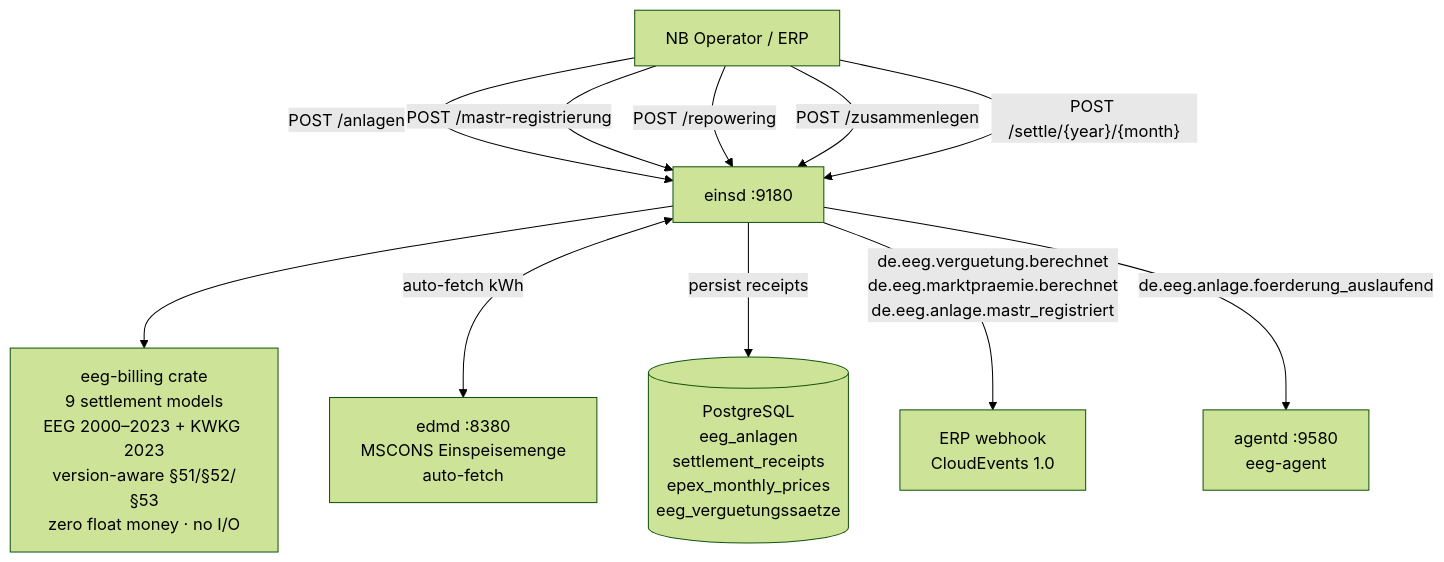
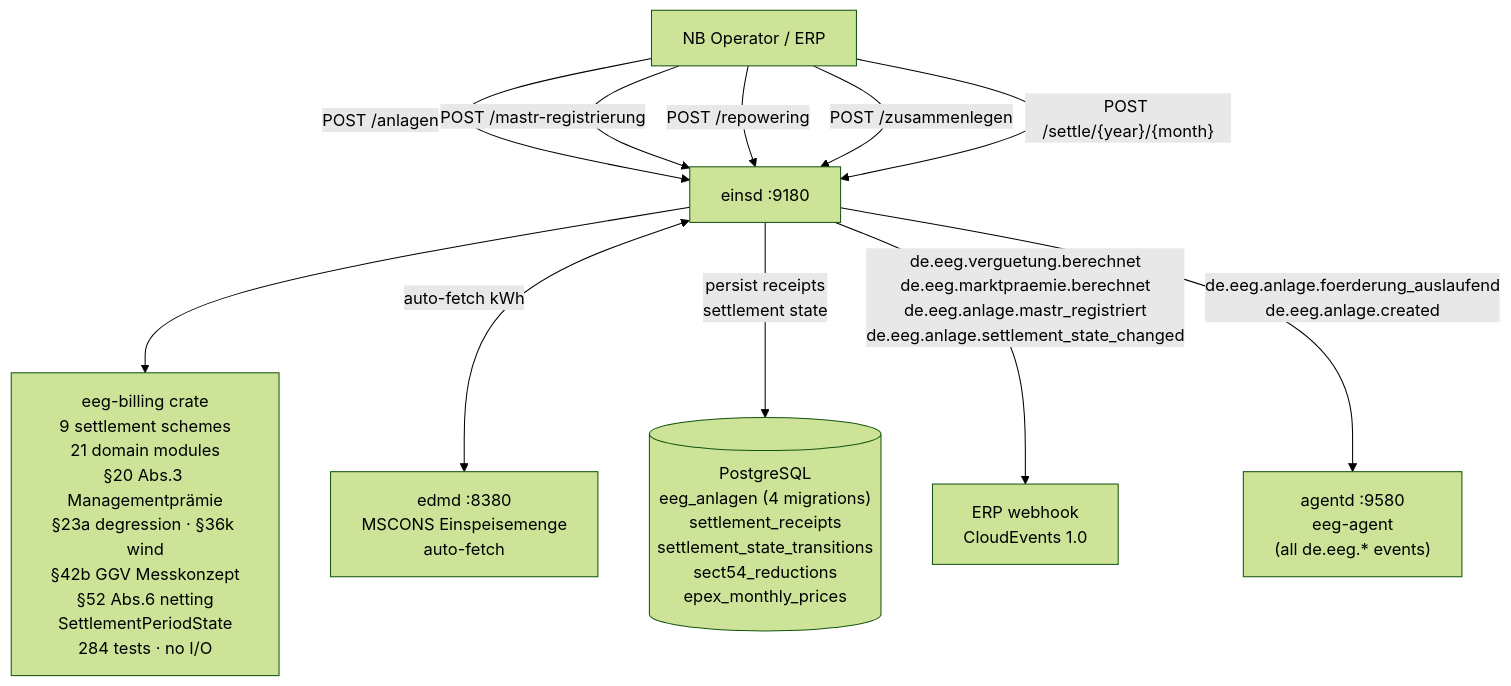
One commit to hupe1980/mako changed the first of 5 diagrams in docs/einsd.md. Above: the diagram before and after it, drawn with Mermaid (forest theme). The commit also changed other lines of this file and 81 other files, not shown here.

````diff
--- a/docs/einsd.md
+++ b/docs/einsd.md
@@ -28,21 +30,21 @@
 ```mermaid
 graph TB
     Operator["NB Operator / ERP"]
     edmd["edmd :8380\nMSCONS Einspeisemenge\nauto-fetch"]
     einsd["einsd :9180"]
-    eeg_billing["eeg-billing crate\n9 settlement models\nEEG 2000–2023 + KWKG 2023\nversion-aware §51/§52/§53\nzero float money · no I/O"]
-    db[("PostgreSQL\neeg_anlagen\nsettlement_receipts\nepex_monthly_prices\neeg_verguetungssaetze")]
+    eeg_billing["eeg-billing crate\n9 settlement schemes\n21 domain modules\n§20 Abs.3 Managementprämie\n§23a degression · §36k wind\n§42b GGV Messkonzept\n§52 Abs.6 netting\nSettlementPeriodState\n284 tests · no I/O"]
+    db[("PostgreSQL\neeg_anlagen (4 migrations)\nsettlement_receipts\nsettlement_state_transitions\nsect54_reductions\nepex_monthly_prices")]
     erp["ERP webhook\nCloudEvents 1.0"]
-    agentd["agentd :9580\neeg-agent"]
+    agentd["agentd :9580\neeg-agent\n(all de.eeg.* events)"]
 
     Operator -->|"POST /anlagen"| einsd
     Operator -->|"POST /mastr-registrierung"| einsd
     Operator -->|"POST /repowering"| einsd
     Operator -->|"POST /zusammenlegen"| einsd
     Operator -->|"POST /settle/{year}/{month}"| einsd
     einsd --> eeg_billing
     einsd <-->|"auto-fetch kWh"| edmd
-    einsd -->|"persist receipts"| db
-    einsd -->|"de.eeg.verguetung.berechnet\nde.eeg.marktpraemie.berechnet\nde.eeg.anlage.mastr_registriert"| erp
-    einsd -->|"de.eeg.anlage.foerderung_auslaufend"| agentd
+    einsd -->|"persist receipts\nsettlement state"| db
+    einsd -->|"de.eeg.verguetung.berechnet\nde.eeg.marktpraemie.berechnet\nde.eeg.anlage.mastr_registriert\nde.eeg.anlage.settlement_state_changed"| erp
+    einsd -->|"de.eeg.anlage.foerderung_auslaufend\nde.eeg.anlage.created"| agentd
 ```
````
